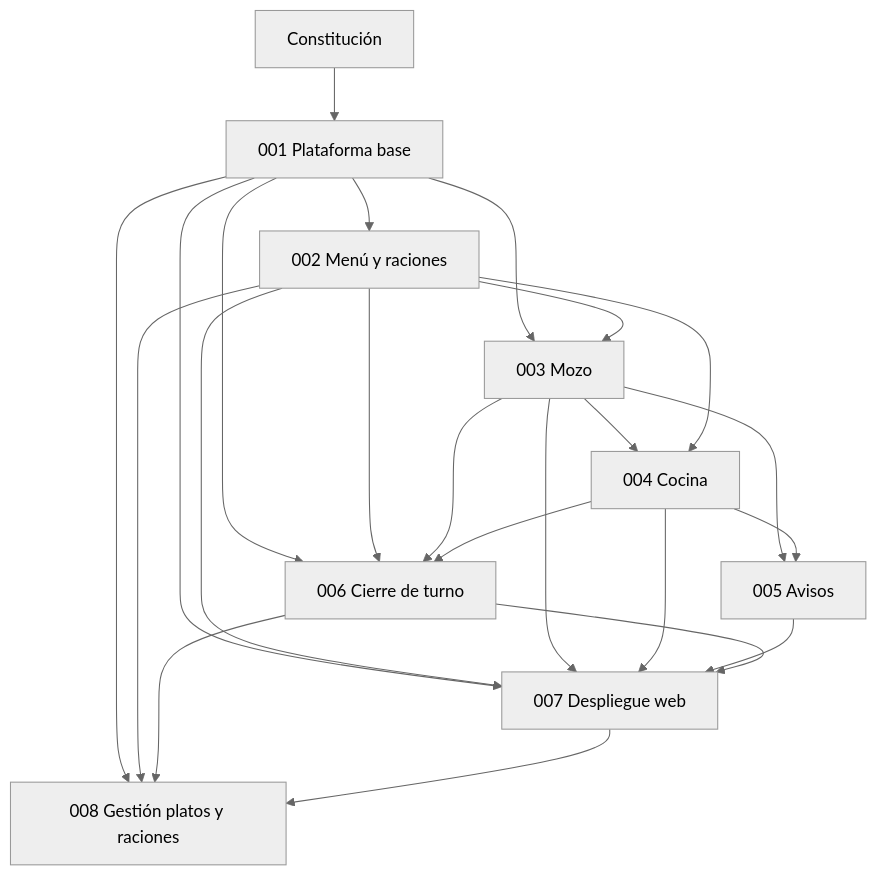
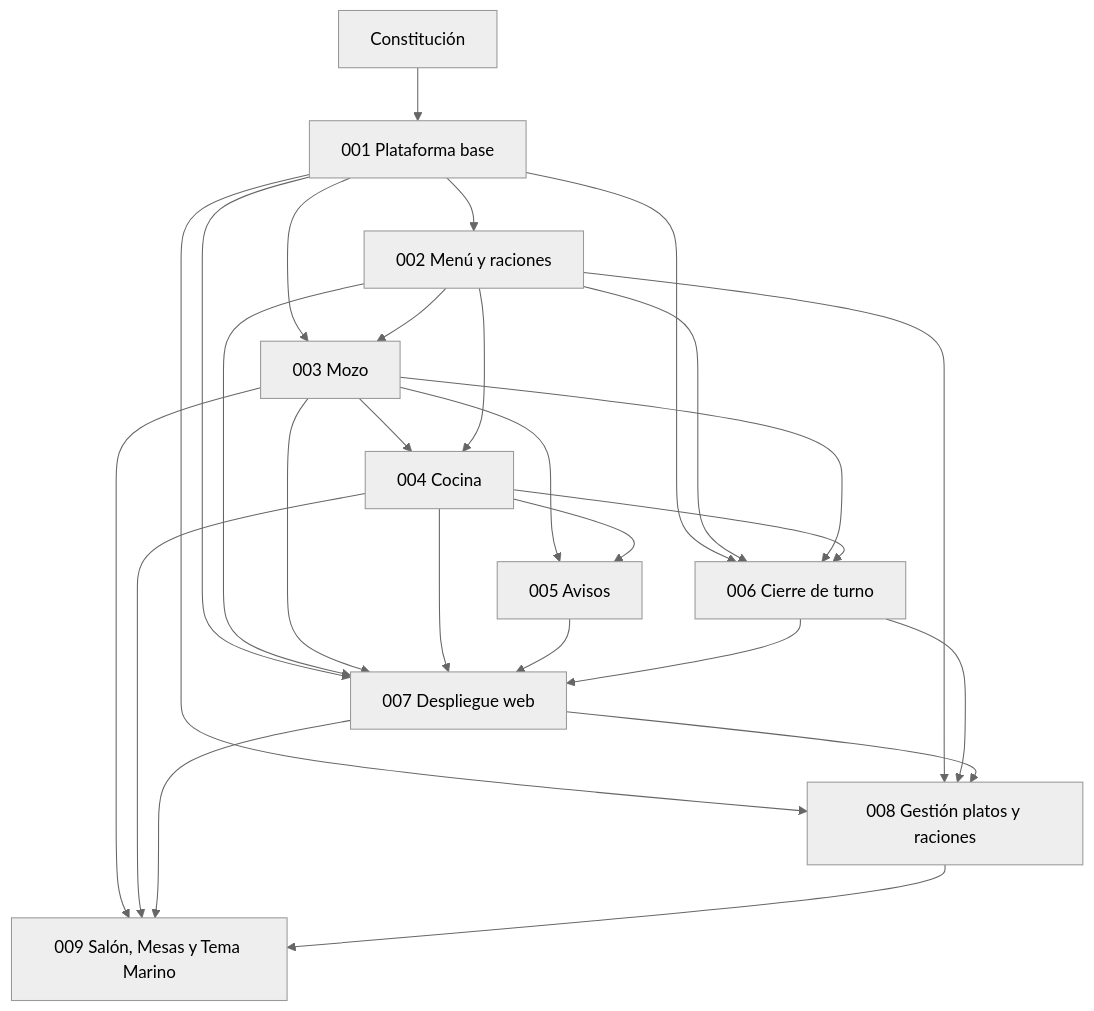
One commit to Orius-Projects/specs-cevicheria-lucy changed the diagram in specs/README.md. Above: the diagram before and after it, drawn with Mermaid (neutral theme). The commit also changed other lines of this file and 2 other files, not shown here.

Commit message:
docs(specs): add spec 009 for salon ergonomics, table management and marine dual theme

````diff
--- a/specs/README.md
+++ b/specs/README.md
@@ -20,25 +21,29 @@
 ```mermaid
 flowchart TD
     C[Constitución] --> S1[001 Plataforma base]
     S1 --> S2[002 Menú y raciones]
     S1 --> S3[003 Mozo]
     S2 --> S3
     S3 --> S4[004 Cocina]
     S2 --> S4
     S3 --> S5[005 Avisos]
     S4 --> S5
     S1 --> S6[006 Cierre de turno]
     S2 --> S6
     S3 --> S6
     S4 --> S6
     S1 --> S7[007 Despliegue web]
     S2 --> S7
     S3 --> S7
     S4 --> S7
     S5 --> S7
     S6 --> S7
     S1 --> S8[008 Gestión platos y raciones]
     S2 --> S8
     S6 --> S8
     S7 --> S8
+    S3 --> S9[009 Salón, Mesas y Tema Marino]
+    S4 --> S9
+    S7 --> S9
+    S8 --> S9
 ```
````
